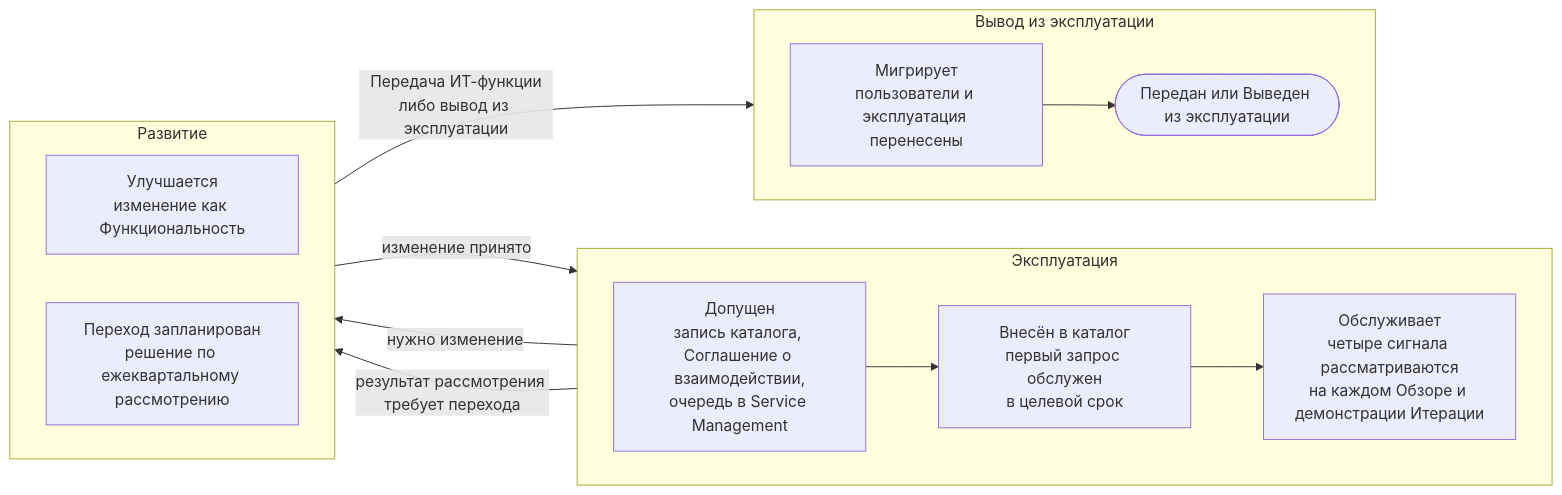
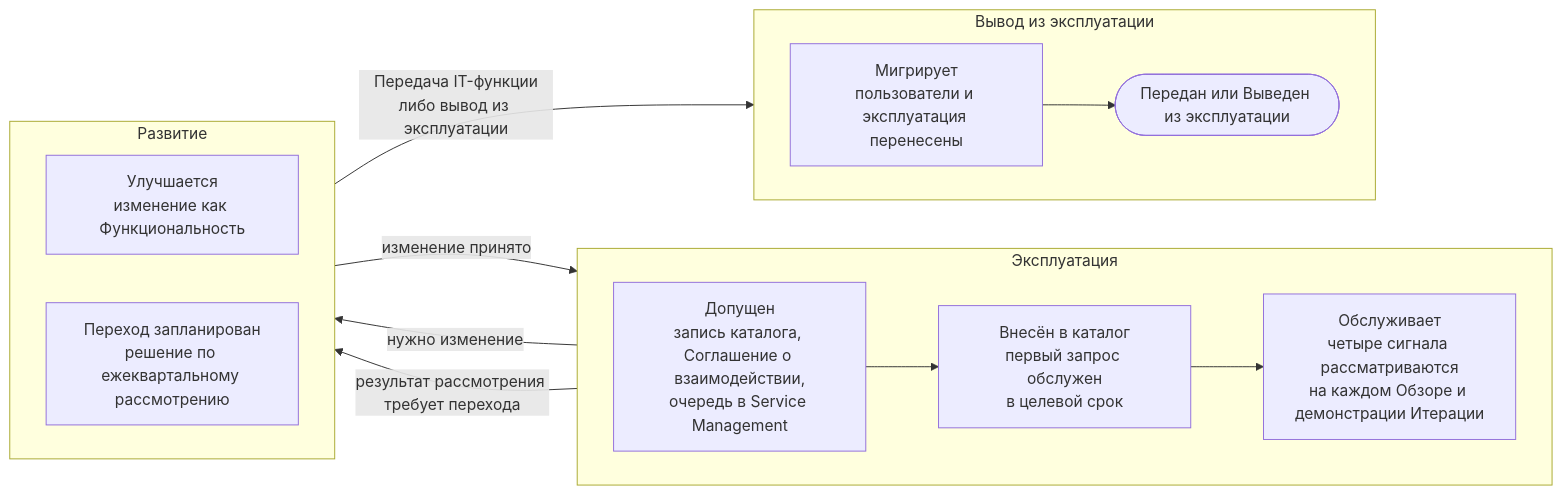
The tenth of 10 diagrams in charter/ru/workflows/service-delivery.md (devhogu/ob-aicc), drawn with Mermaid before and after one commit. The commit also changed other lines of this file and 768 other files, not shown here.

````diff
--- a/charter/ru/workflows/service-delivery.md
+++ b/charter/ru/workflows/service-delivery.md
@@ -283,20 +283,20 @@
 ```mermaid
 flowchart LR
   subgraph OP["Эксплуатация"]
     direction LR
     A["Допущен<br/>запись каталога, Соглашение о взаимодействии,<br/>очередь в Service Management"] --> C["Внесён в каталог<br/>первый запрос обслужен<br/>в целевой срок"] --> I["Обслуживает<br/>четыре сигнала рассматриваются<br/>на каждом Обзоре и демонстрации Итерации"]
   end
   subgraph EV["Развитие"]
     direction LR
     M["Улучшается<br/>изменение как Функциональность"]
     T["Переход запланирован<br/>решение по ежеквартальному рассмотрению"]
   end
   subgraph RT["Вывод из эксплуатации"]
     direction LR
     G["Мигрирует<br/>пользователи и эксплуатация перенесены"] --> H(["Передан или Выведен из эксплуатации"])
   end
   I -->|"нужно изменение"| M
   M -->|"изменение принято"| I
   I -->|"результат рассмотрения требует перехода"| T
-  T -->|"Передача ИТ-функции<br/>либо вывод из эксплуатации"| G
+  T -->|"Передача IT-функции<br/>либо вывод из эксплуатации"| G
 ```
````
